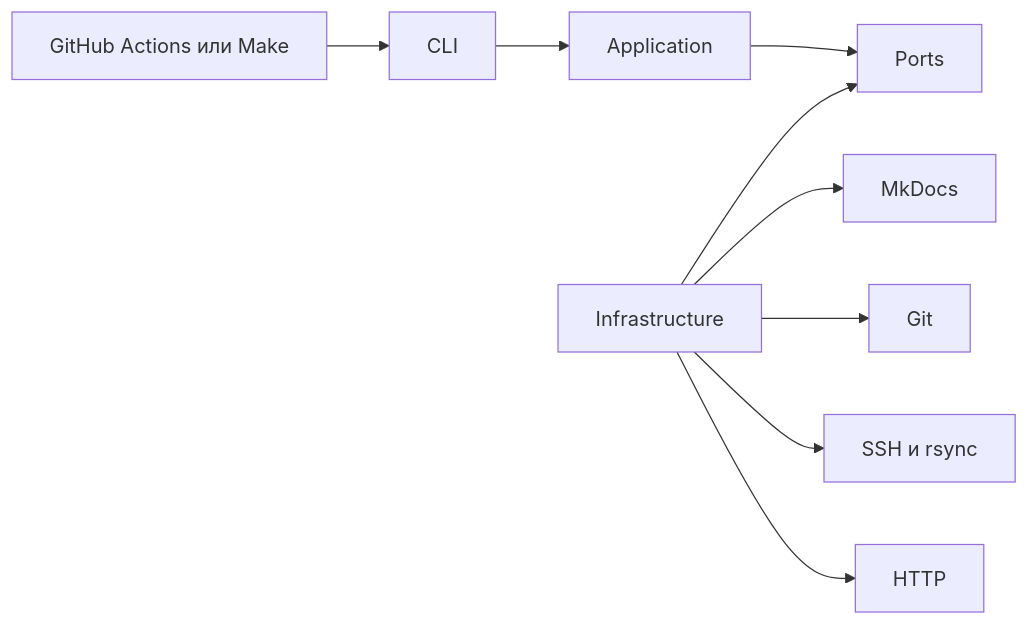
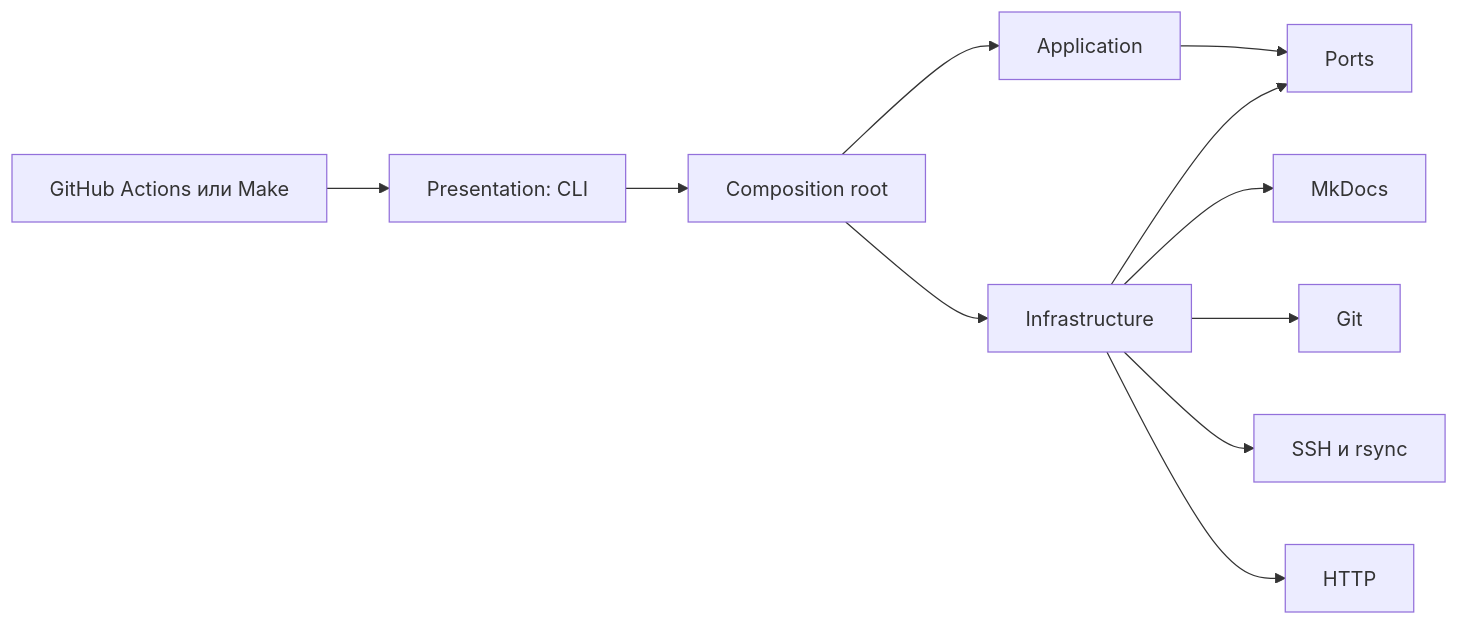
Before and after one commit to WhoamiTitle/mkdocs-deployment-lab: the diagram in docs/architecture/overview.md, drawn with Mermaid. The commit also changed other lines of this file and 60 other files, not shown here.

First line of the commit message:
refactor(pipeline): strengthen architecture and quality checks

````diff
--- a/docs/architecture/overview.md
+++ b/docs/architecture/overview.md
@@ -7,11 +7,13 @@
 ```mermaid
 flowchart LR
-    A[GitHub Actions или Make] --> B[CLI]
-    B --> C[Application]
+    A[GitHub Actions или Make] --> B[Presentation: CLI]
+    B --> R[Composition root]
+    R --> C[Application]
+    R --> E[Infrastructure]
     C --> D[Ports]
-    E[Infrastructure] --> D
+    E --> D
     E --> F[MkDocs]
     E --> G[Git]
     E --> H[SSH и rsync]
     E --> I[HTTP]
 ```
````
